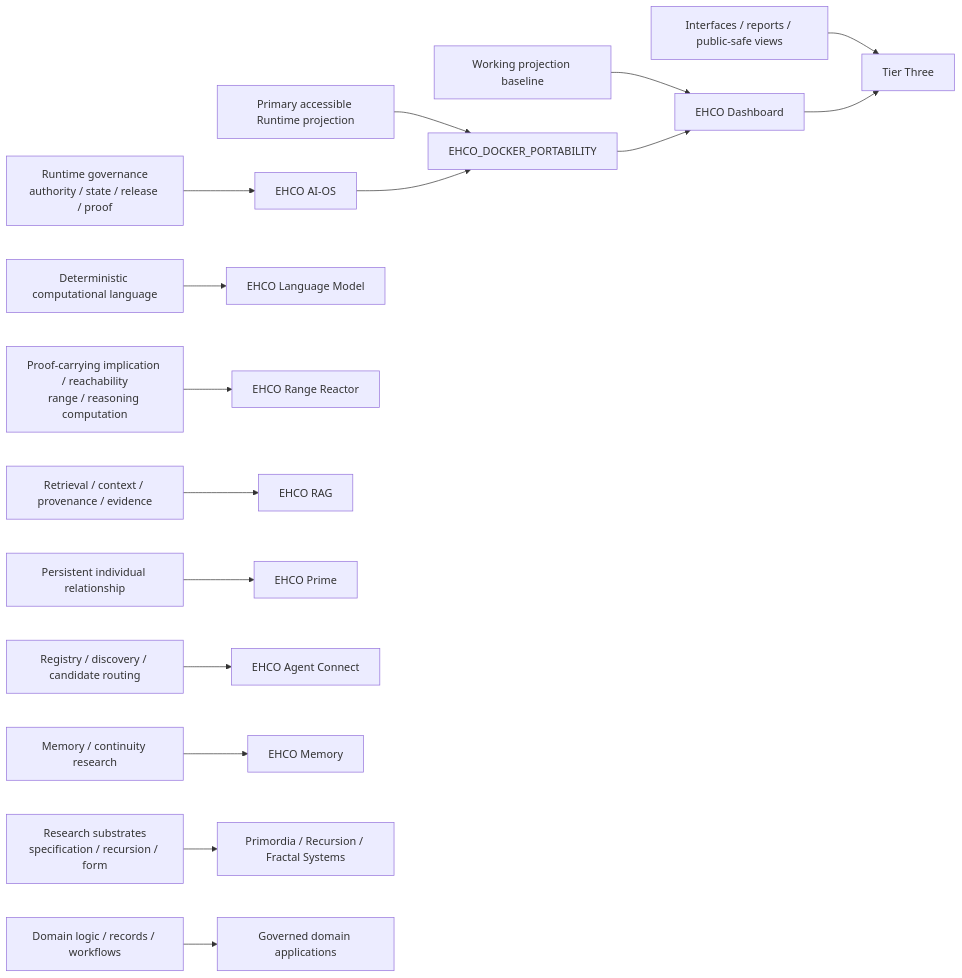
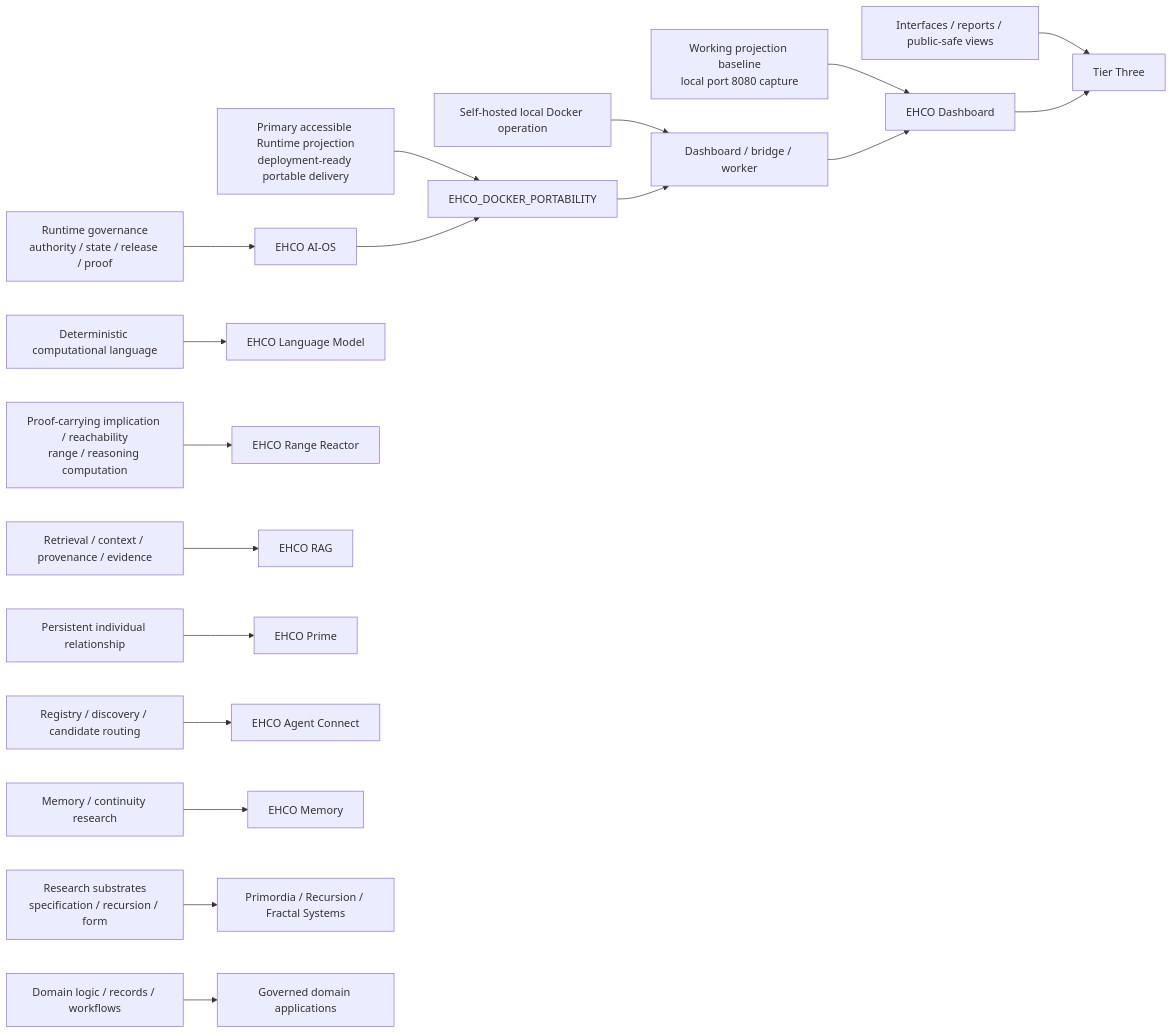
One commit to EHCOnomics-Systems/EHCOsystem changed the second of 4 diagrams in architecture/diagrams/README.md. Above: the diagram before and after it, drawn with Mermaid. The commit also changed other lines of this file and 15 other files, not shown here.

````diff
--- a/architecture/diagrams/README.md
+++ b/architecture/diagrams/README.md
@@ -45,19 +47,21 @@
 ```mermaid
 flowchart LR
     R[Runtime governance<br/>authority / state / release / proof] --> AIOS[EHCO AI-OS]
-    RP[Primary accessible Runtime projection] --> DP[EHCO_DOCKER_PORTABILITY]
-    V[Working projection baseline] --> DASH[EHCO Dashboard]
+    RP[Primary accessible Runtime projection<br/>deployment-ready portable delivery] --> DP[EHCO_DOCKER_PORTABILITY]
+    LO[Self-hosted local Docker operation] --> LOCAL[Dashboard / bridge / worker]
+    V[Working projection baseline<br/>local port 8080 capture] --> DASH[EHCO Dashboard]
     L[Deterministic computational language] --> LM[EHCO Language Model]
     Q[Proof-carrying implication / reachability<br/>range / reasoning computation] --> RR[EHCO Range Reactor]
     E[Retrieval / context / provenance / evidence] --> RAG[EHCO RAG]
     P[Persistent individual relationship] --> PRIME[EHCO Prime]
     C[Registry / discovery / candidate routing] --> AC[EHCO Agent Connect]
     M[Memory / continuity research] --> MEM[EHCO Memory]
     RF[Research substrates<br/>specification / recursion / form] --> RES[Primordia / Recursion / Fractal Systems]
     DA[Domain logic / records / workflows] --> APPS[Governed domain applications]
     T[Interfaces / reports / public-safe views] --> T3[Tier Three]
 
     AIOS --> DP
-    DP --> DASH
+    DP --> LOCAL
+    LOCAL --> DASH
     DASH --> T3
 ```
````
